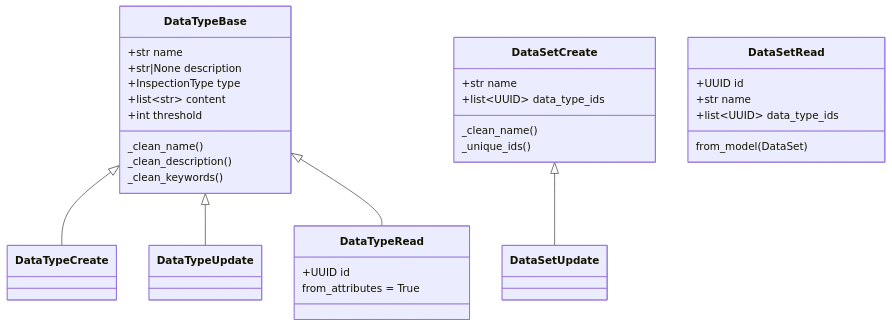
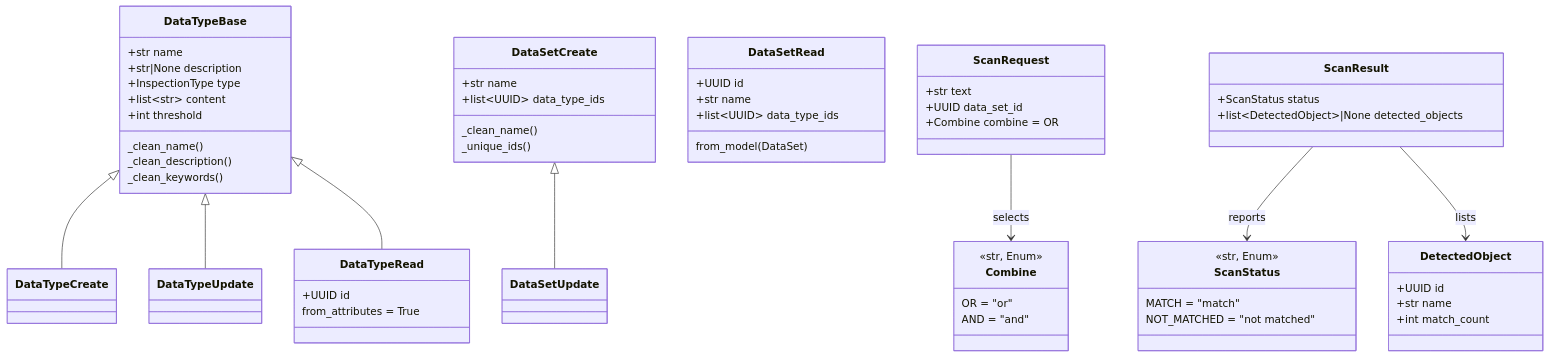
Before and after one commit to dolevol/data_leak_prevention: diagram 16 of 18 in docs/ARCHITECTURE.md, drawn with Mermaid. The commit also changed other lines of this file and 11 other files, not shown here.

````diff
--- a/docs/ARCHITECTURE.md
+++ b/docs/ARCHITECTURE.md
@@ -371,37 +416,65 @@
 ```mermaid
 classDiagram
     class DataTypeBase {
         +str name
         +str|None description
         +InspectionType type
         +list~str~ content
         +int threshold
         _clean_name()
         _clean_description()
         _clean_keywords()
     }
     class DataTypeCreate
     class DataTypeUpdate
     class DataTypeRead {
         +UUID id
         from_attributes = True
     }
     DataTypeBase <|-- DataTypeCreate
     DataTypeBase <|-- DataTypeUpdate
     DataTypeBase <|-- DataTypeRead
 
     class DataSetCreate {
         +str name
         +list~UUID~ data_type_ids
         _clean_name()
         _unique_ids()
     }
     class DataSetUpdate
     class DataSetRead {
         +UUID id
         +str name
         +list~UUID~ data_type_ids
         from_model(DataSet)
     }
     DataSetCreate <|-- DataSetUpdate
+
+    class ScanRequest {
+        +str text
+        +UUID data_set_id
+        +Combine combine = OR
+    }
+    class ScanResult {
+        +ScanStatus status
+        +list~DetectedObject~|None detected_objects
+    }
+    class DetectedObject {
+        +UUID id
+        +str name
+        +int match_count
+    }
+    class ScanStatus {
+        <<str, Enum>>
+        MATCH = "match"
+        NOT_MATCHED = "not matched"
+    }
+    class Combine {
+        <<str, Enum>>
+        OR = "or"
+        AND = "and"
+    }
+    ScanRequest --> Combine : selects
+    ScanResult --> ScanStatus : reports
+    ScanResult --> DetectedObject : lists
 ```
````
